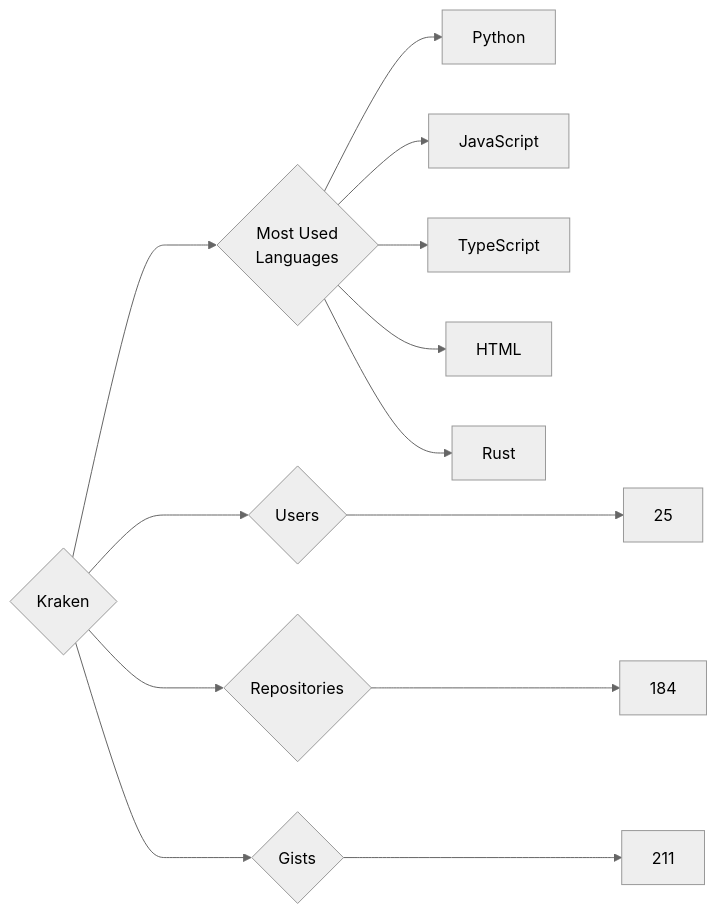
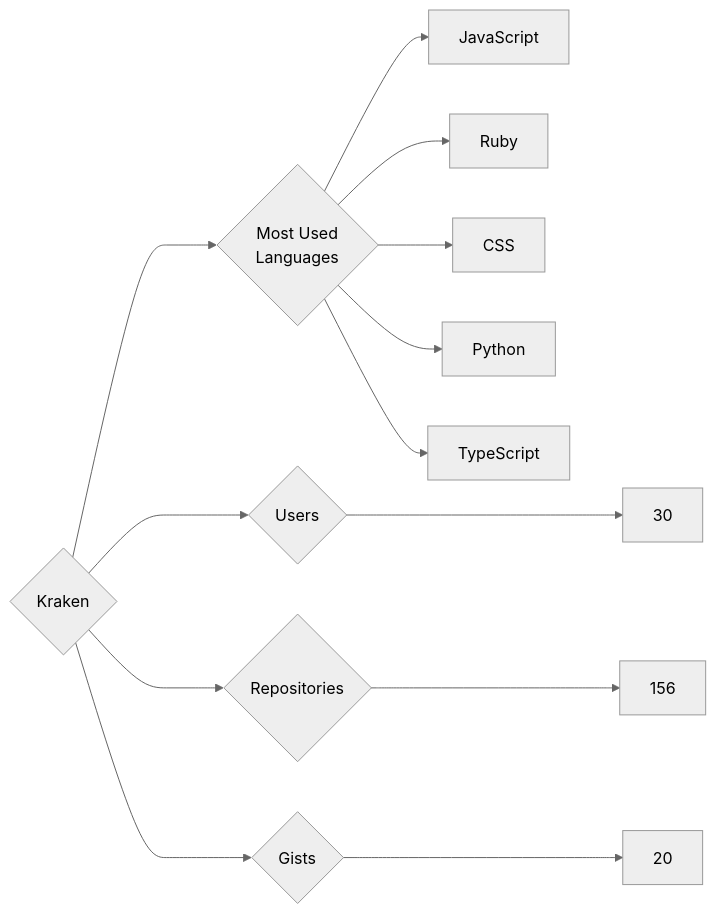
The diagram in targets/Kraken/README.md (trickest/insiders), drawn with Mermaid (neutral theme) before and after one commit. The commit also changed 681 other files, not shown here.

````diff
--- a/targets/Kraken/README.md
+++ b/targets/Kraken/README.md
@@ -3,13 +3,13 @@
 ```mermaid
 graph LR
 COMPANY_NAME{Kraken}
-COMPANY_NAME ---> U{Users} ---> UN[25]
-COMPANY_NAME ---> R{Repositories} ---> RN[184]
-COMPANY_NAME ---> G{Gists} ---> GN[211]
+COMPANY_NAME ---> U{Users} ---> UN[30]
+COMPANY_NAME ---> R{Repositories} ---> RN[156]
+COMPANY_NAME ---> G{Gists} ---> GN[20]
 COMPANY_NAME ---> ML{Most Used<br>Languages}
+ML --> JavaScript[JavaScript]
+ML --> Ruby[Ruby]
+ML --> CSS[CSS]
 ML --> Python[Python]
-ML --> JavaScript[JavaScript]
 ML --> TypeScript[TypeScript]
-ML --> HTML[HTML]
-ML --> Rust[Rust]
 ```
````
